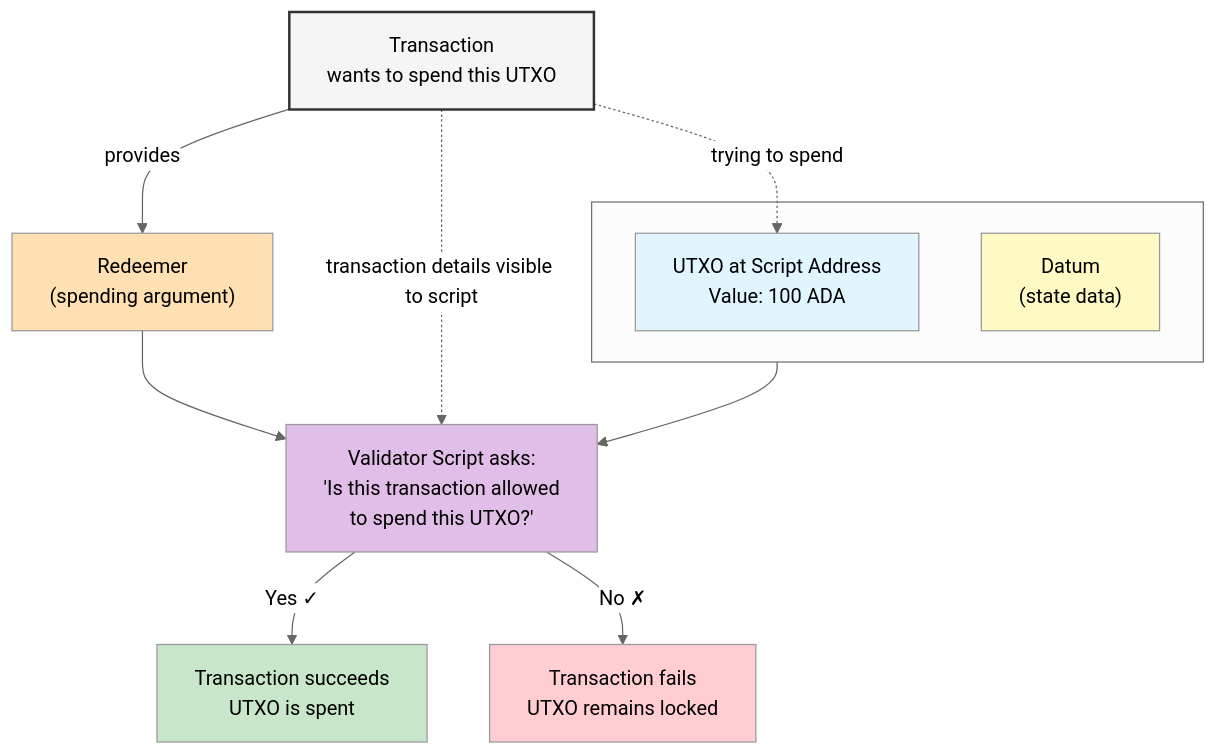
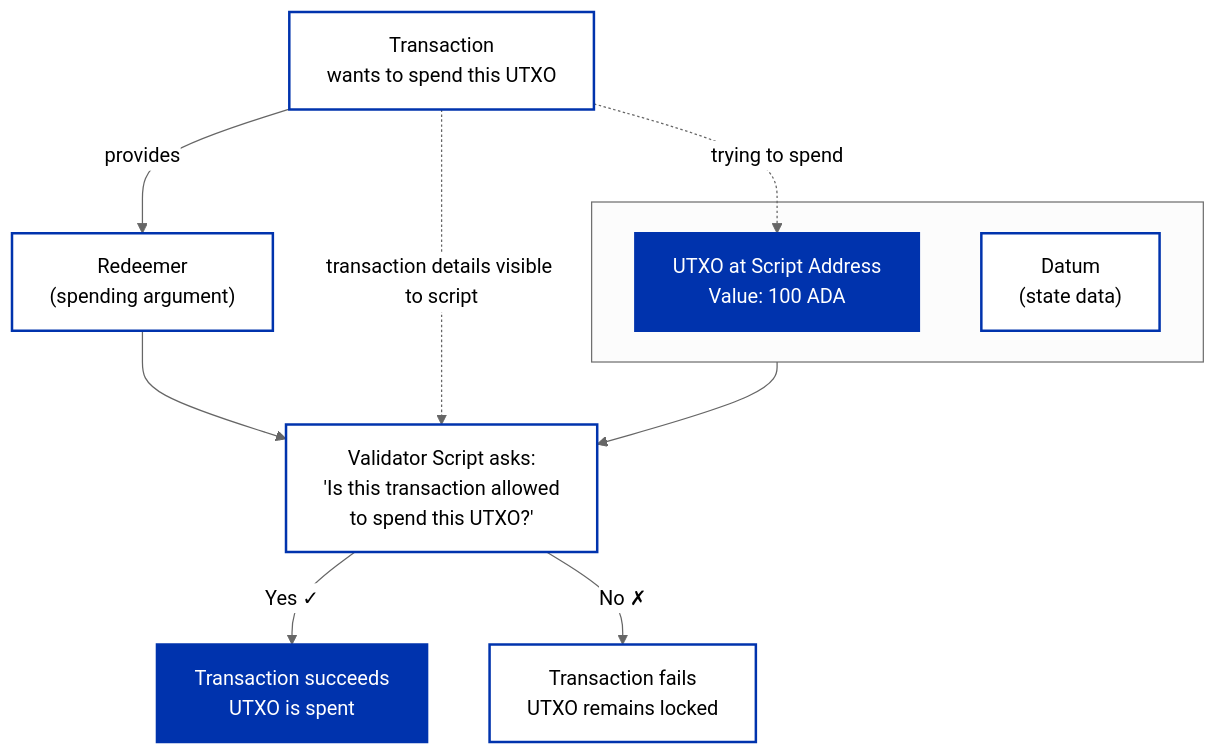
The first of 2 diagrams in docs/smart-contracts/overview.md (cardano-foundation/developer-portal), drawn with Mermaid (neutral theme) before and after one commit. The commit also changed other lines of this file and 14 other files, not shown here.

Commit message:
cardano unified color scheme for mermaid diagrams

````diff
--- a/docs/smart-contracts/overview.md
+++ b/docs/smart-contracts/overview.md
@@ -73,29 +73,29 @@
 ```mermaid
 graph TB
     subgraph LOCKED[" "]
         UTXO["UTXO at Script Address<br/>Value: 100 ADA"]
         DATUM["Datum<br/>(state data)"]
     end
 
     TX["Transaction<br/>wants to spend this UTXO"]
 
     TX -.->|"trying to spend"| UTXO
     TX -->|"provides"| REDEEMER["Redeemer<br/>(spending argument)"]
 
     SCRIPT["Validator Script asks:<br/>'Is this transaction allowed<br/>to spend this UTXO?'"]
 
     LOCKED --> SCRIPT
     REDEEMER --> SCRIPT
     TX -.->|"transaction details visible to script"| SCRIPT
 
     SCRIPT -->|"Yes ✓"| APPROVED["Transaction succeeds<br/>UTXO is spent"]
     SCRIPT -->|"No ✗"| REJECTED["Transaction fails<br/>UTXO remains locked"]
 
-    style UTXO fill:#e1f5ff
-    style DATUM fill:#fff9c4
-    style TX fill:#f5f5f5,stroke:#333,stroke-width:2px
-    style REDEEMER fill:#ffe0b2
-    style SCRIPT fill:#e1bee7
-    style APPROVED fill:#c8e6c9
-    style REJECTED fill:#ffcdd2
+    style UTXO fill:#0033AD,stroke:#0033AD,stroke-width:2px,color:#FFFFFF
+    style DATUM fill:#FFFFFF,stroke:#0033AD,stroke-width:2px,color:#000000
+    style TX fill:#FFFFFF,stroke:#0033AD,stroke-width:2px,color:#000000
+    style REDEEMER fill:#FFFFFF,stroke:#0033AD,stroke-width:2px,color:#000000
+    style SCRIPT fill:#FFFFFF,stroke:#0033AD,stroke-width:2px,color:#000000
+    style APPROVED fill:#0033AD,stroke:#0033AD,stroke-width:2px,color:#FFFFFF
+    style REJECTED fill:#FFFFFF,stroke:#0033AD,stroke-width:2px,color:#000000
 ```
````
